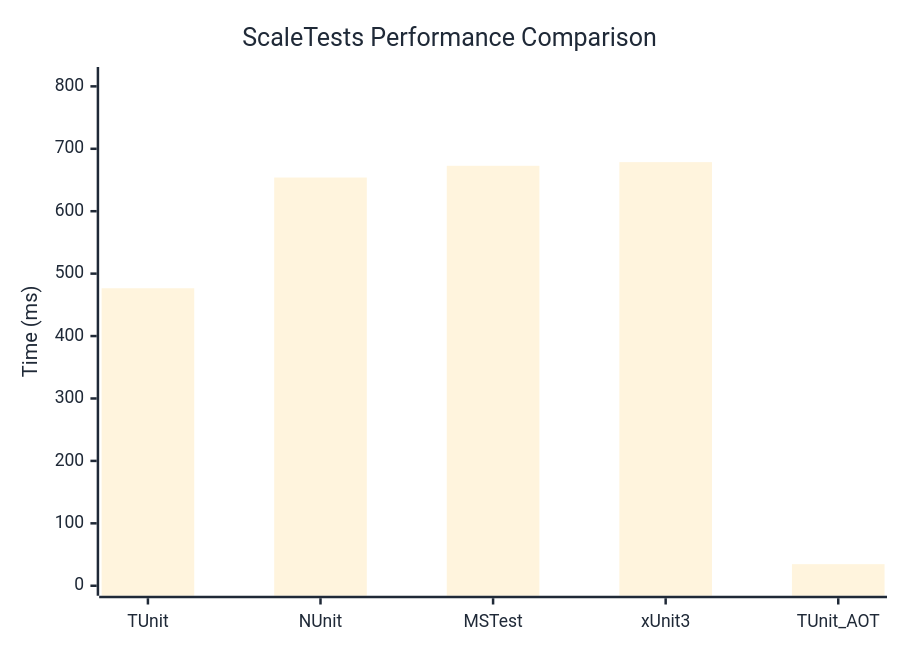
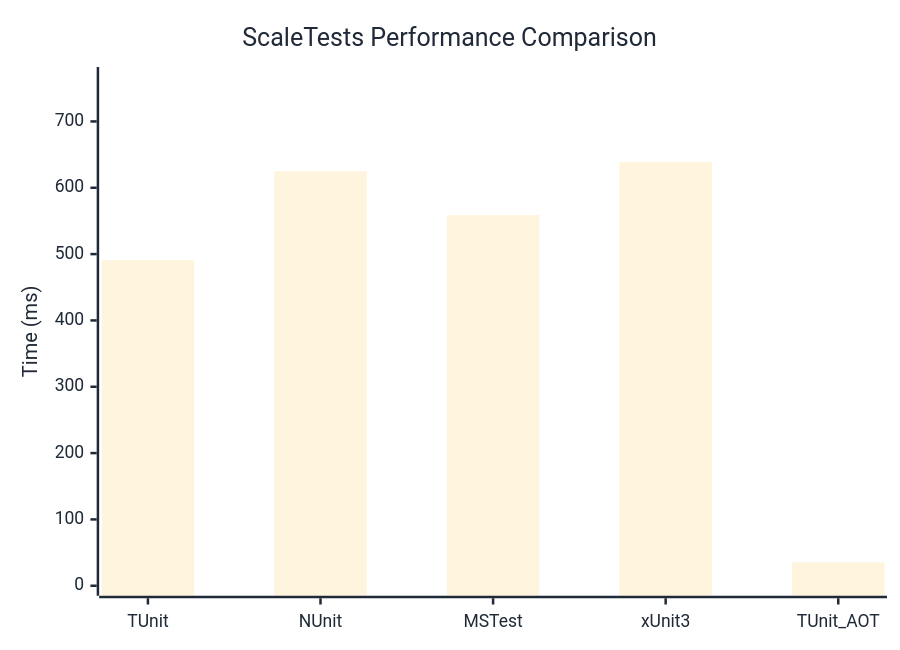
Before and after one commit to thomhurst/TUnit: the diagram in docs/docs/benchmarks/ScaleTests.md, drawn with Mermaid. The commit also changed other lines of this file and 17 other files, not shown here.

````diff
--- a/docs/docs/benchmarks/ScaleTests.md
+++ b/docs/docs/benchmarks/ScaleTests.md
@@ -27,37 +27,37 @@
 ```mermaid
 %%{init: {
   'theme':'base',
   'themeVariables': {
     'primaryColor': '#2563eb',
     'primaryTextColor': '#1f2937',
     'primaryBorderColor': '#1e40af',
     'lineColor': '#6b7280',
     'secondaryColor': '#7c3aed',
     'tertiaryColor': '#dc2626',
     'background': '#ffffff',
     'mainBkg': '#2563eb',
     'secondBkg': '#7c3aed',
     'tertiaryBkg': '#dc2626',
     'clusterBkg': '#f3f4f6',
     'edgeLabelBackground': '#ffffff',
     'tertiaryTextColor': '#1f2937',
     'pie1': '#2563eb',
     'pie2': '#7c3aed',
     'pie3': '#dc2626',
     'pie4': '#f59e0b',
     'pie5': '#10b981',
     'pie6': '#06b6d4',
     'pie7': '#ec4899',
     'pie8': '#6366f1',
     'pie9': '#84cc16',
     'pie10': '#f97316',
     'pie11': '#14b8a6',
     'pie12': '#a855f7'
   }
 }}%%
 xychart-beta
   title "ScaleTests Performance Comparison"
   x-axis ["TUnit", "NUnit", "MSTest", "xUnit3", "TUnit_AOT"]
-  y-axis "Time (ms)" 0 --> 815
-  bar [476.57, 653.94, 672.75, 678.6, 34.57]
+  y-axis "Time (ms)" 0 --> 767
+  bar [490.87, 624.95, 558.79, 638.96, 35.39]
 ```
````
